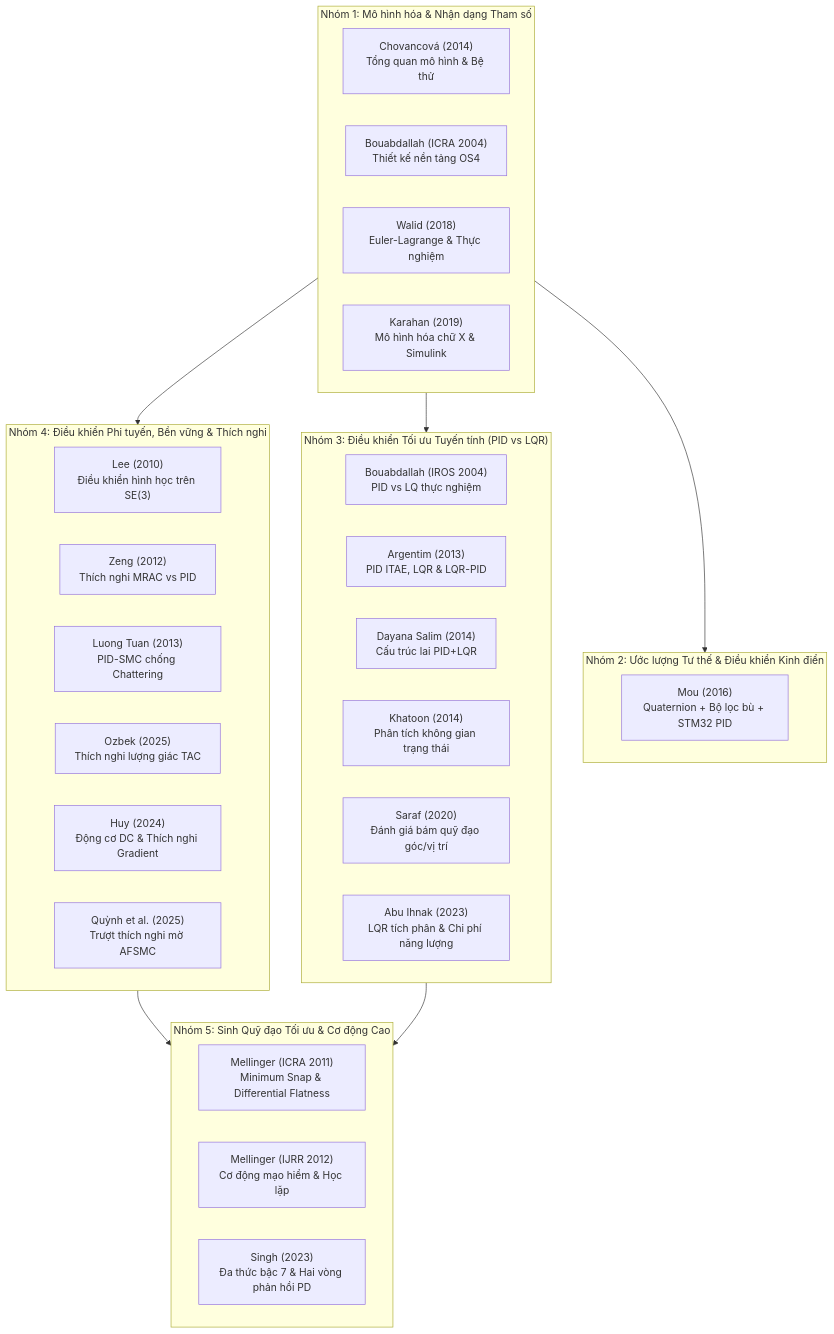
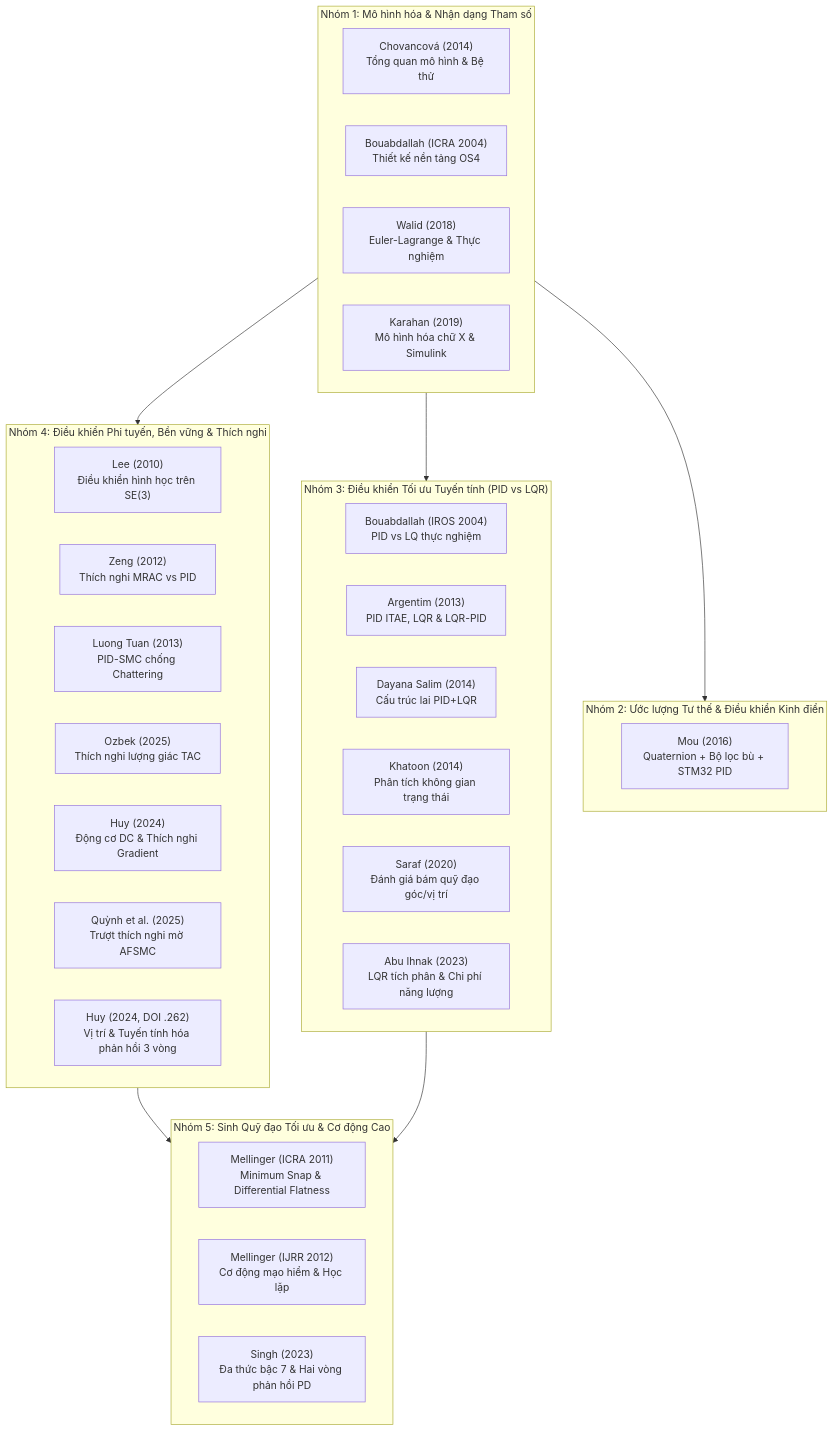
The diagram in docs/references/papers/README.md (vuquan2005/drone), drawn with Mermaid before and after one commit. The commit also changed other lines of this file and 28 other files, not shown here.

````diff
--- a/docs/references/papers/README.md
+++ b/docs/references/papers/README.md
@@ -73,43 +77,44 @@
 ```mermaid
 flowchart TD
     subgraph G1["Nhóm 1: Mô hình hóa & Nhận dạng Tham số"]
         M1["Chovancová (2014)<br/>Tổng quan mô hình & Bệ thử"]
         M2["Bouabdallah (ICRA 2004)<br/>Thiết kế nền tảng OS4"]
         M3["Walid (2018)<br/>Euler-Lagrange & Thực nghiệm"]
         M4["Karahan (2019)<br/>Mô hình hóa chữ X & Simulink"]
     end
 
     subgraph G2["Nhóm 2: Ước lượng Tư thế & Điều khiển Kinh điển"]
         C1["Mou (2016)<br/>Quaternion + Bộ lọc bù + STM32 PID"]
     end
 
     subgraph G3["Nhóm 3: Điều khiển Tối ưu Tuyến tính (PID vs LQR)"]
         L1["Bouabdallah (IROS 2004)<br/>PID vs LQ thực nghiệm"]
         L2["Argentim (2013)<br/>PID ITAE, LQR & LQR-PID"]
         L3["Dayana Salim (2014)<br/>Cấu trúc lai PID+LQR"]
         L4["Khatoon (2014)<br/>Phân tích không gian trạng thái"]
         L5["Saraf (2020)<br/>Đánh giá bám quỹ đạo góc/vị trí"]
         L6["Abu Ihnak (2023)<br/>LQR tích phân & Chi phí năng lượng"]
     end
 
     subgraph G4["Nhóm 4: Điều khiển Phi tuyến, Bền vững & Thích nghi"]
         N1["Lee (2010)<br/>Điều khiển hình học trên SE(3)"]
         N2["Zeng (2012)<br/>Thích nghi MRAC vs PID"]
         N3["Luong Tuan (2013)<br/>PID-SMC chống Chattering"]
         N4["Ozbek (2025)<br/>Thích nghi lượng giác TAC"]
         N5["Huy (2024)<br/>Động cơ DC & Thích nghi Gradient"]
         N6["Quỳnh et al. (2025)<br/>Trượt thích nghi mờ AFSMC"]
+        N7["Huy (2024, DOI .262)<br/>Vị trí & Tuyến tính hóa phản hồi 3 vòng"]
     end
 
     subgraph G5["Nhóm 5: Sinh Quỹ đạo Tối ưu & Cơ động Cao"]
         T1["Mellinger (ICRA 2011)<br/>Minimum Snap & Differential Flatness"]
         T2["Mellinger (IJRR 2012)<br/>Cơ động mạo hiểm & Học lặp"]
         T3["Singh (2023)<br/>Đa thức bậc 7 & Hai vòng phản hồi PD"]
     end
 
     G1 --> G2
     G1 --> G3
     G1 --> G4
     G4 --> G5
     G3 --> G5
 ```
````
